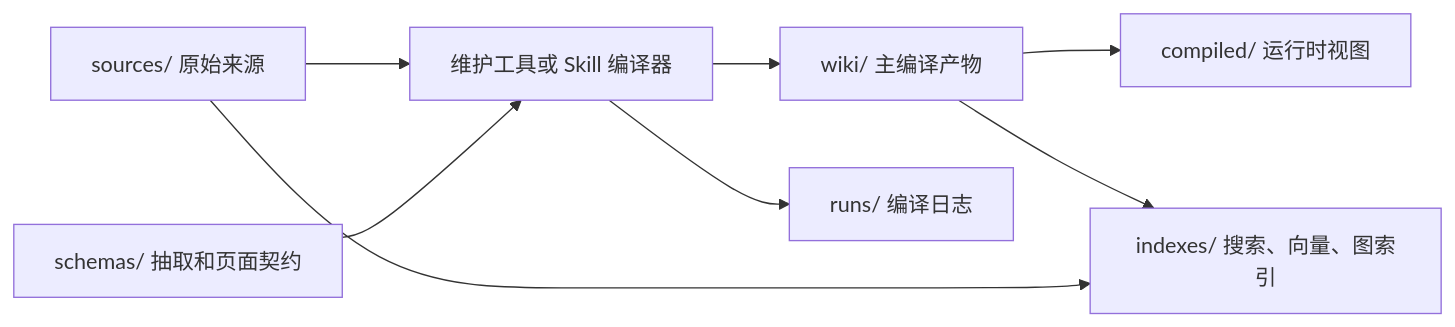
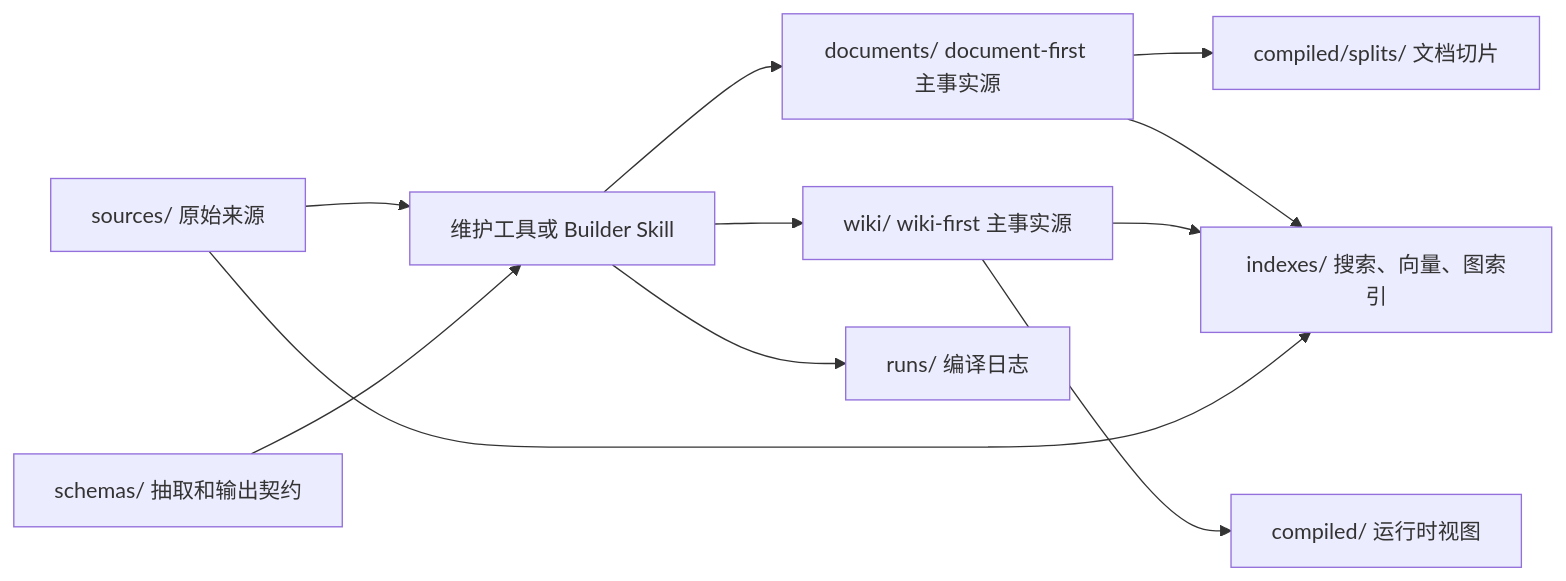
The first of 2 diagrams in docs/zh/authoring/compilation-model.md (limecloud/agentknowledge), drawn with Mermaid before and after one commit. The commit also changed other lines of this file and 60 other files, not shown here.

````diff
--- a/docs/zh/authoring/compilation-model.md
+++ b/docs/zh/authoring/compilation-model.md
@@ -14,10 +20,13 @@
 ```mermaid
 flowchart LR
-  Sources["sources/ 原始来源"] --> Compiler["维护工具或 Skill 编译器"]
-  Schemas["schemas/ 抽取和页面契约"] --> Compiler
-  Compiler --> Wiki["wiki/ 主编译产物"]
+  Sources["sources/ 原始来源"] --> Compiler["维护工具或 Builder Skill"]
+  Schemas["schemas/ 抽取和输出契约"] --> Compiler
+  Compiler --> Documents["documents/ document-first 主事实源"]
+  Compiler --> Wiki["wiki/ wiki-first 主事实源"]
+  Documents --> Splits["compiled/splits/ 文档切片"]
   Wiki --> Compiled["compiled/ 运行时视图"]
-  Wiki --> Indexes["indexes/ 搜索、向量、图索引"]
+  Documents --> Indexes["indexes/ 搜索、向量、图索引"]
+  Wiki --> Indexes
   Sources --> Indexes
   Compiler --> Runs["runs/ 编译日志"]
 ```
````
